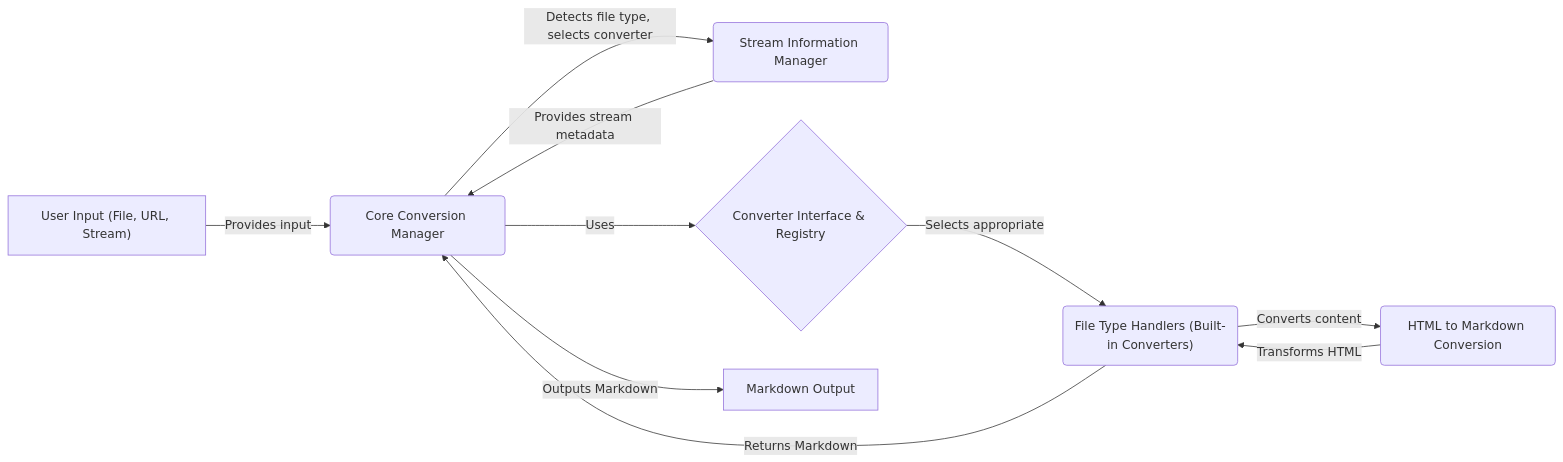
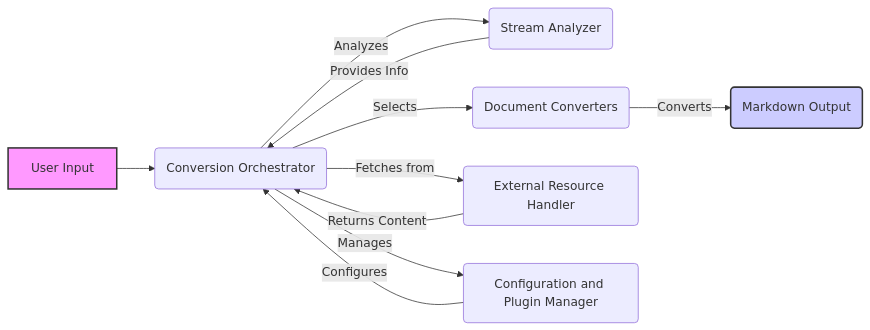
One commit to CodeBoarding/GeneratedOnBoardings changed the diagram in markitdown/on_boarding.md. Above: the diagram before and after it, drawn with Mermaid. The commit also changed other lines of this file, not shown here.

````diff
--- a/markitdown/on_boarding.md
+++ b/markitdown/on_boarding.md
@@ -9,12 +9,14 @@
 ```mermaid
 graph LR
-    A["User Input (File, URL, Stream)"] -- Provides input --> B(Core Conversion Manager)
-    B -- Detects file type, selects converter --> C(Stream Information Manager)
-    C -- Provides stream metadata --> B
-    B -- Uses --> D{Converter Interface & Registry}
-    D -- Selects appropriate --> E("File Type Handlers (Built-in Converters)")
-    E -- Converts content --> F(HTML to Markdown Conversion)
-    F -- Transforms HTML --> E
-    E -- Returns Markdown --> B
-    B -- Outputs Markdown --> G[Markdown Output]
+    A[User Input] --> B(Conversion Orchestrator)
+    B -- Analyzes --> C(Stream Analyzer)
+    C -- Provides Info --> B
+    B -- Selects --> D(Document Converters)
+    B -- Fetches from --> E(External Resource Handler)
+    D -- Converts --> F(Markdown Output)
+    B -- Manages --> G(Configuration and Plugin Manager)
+    G -- Configures --> B
+    E -- Returns Content --> B
+    style A fill:#f9f,stroke:#333,stroke-width:2px
+    style F fill:#ccf,stroke:#333,stroke-width:2px
 ```
````
